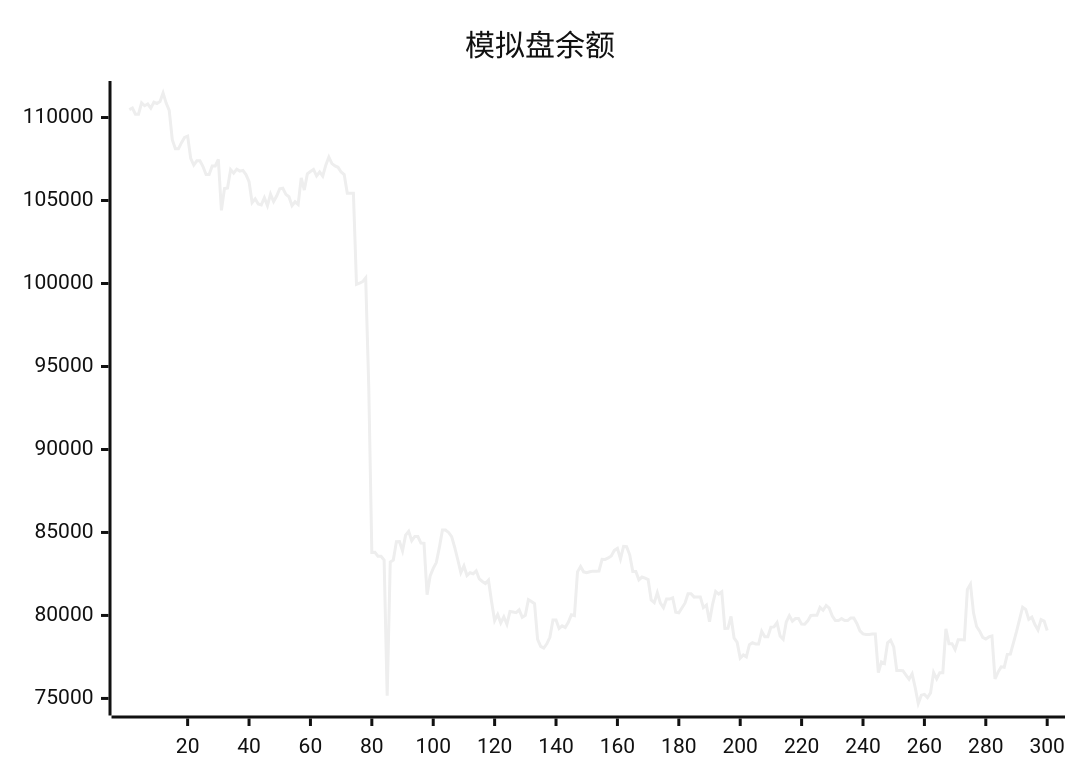
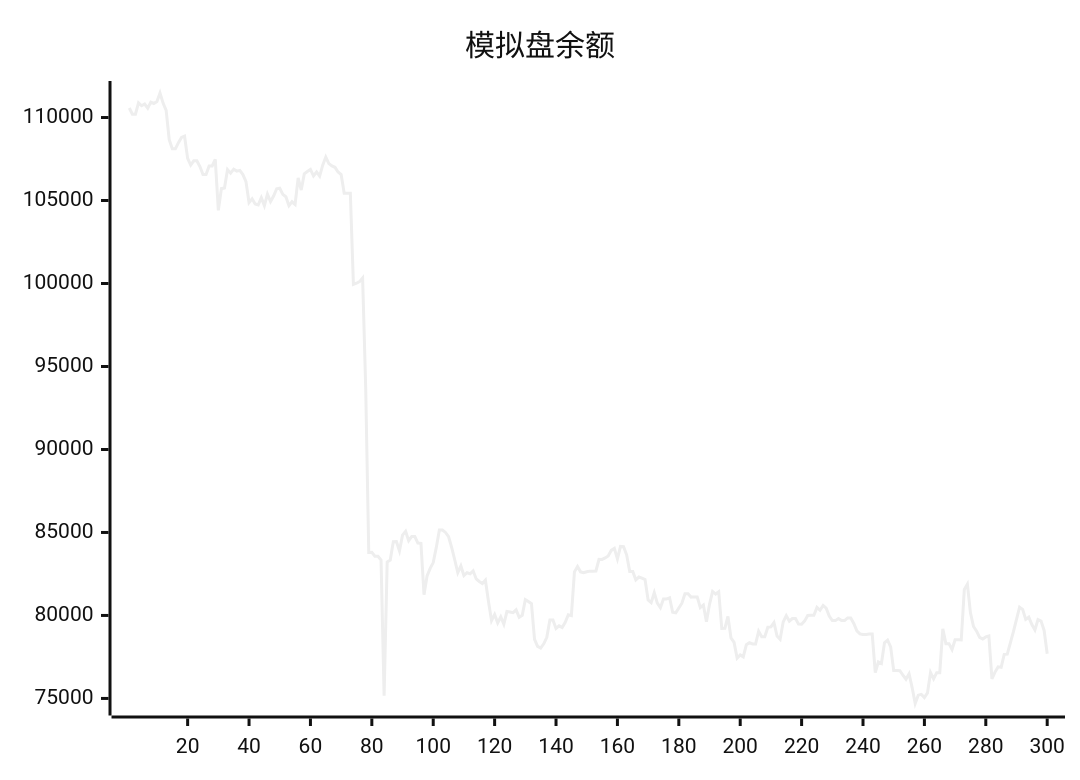
One commit to aahl/ai-trading changed the diagram in README.md. Above: the diagram before and after it, drawn with Mermaid (neutral theme). The commit also changed other lines of this file and 1 other file, not shown here.

````diff
--- a/README.md
+++ b/README.md
@@ -5,5 +5,5 @@
 ```mermaid
 xychart
     title "模拟盘余额"
-    line [110477,110576,110198,110198,110890,110712,110812,110569,110929,110847,110968,111478,110870,110433,108661,108116,108115,108485,108797,108877,107536,107134,107393,107393,107046,106565,106565,107081,107081,107478,104404,105715,105749,106866,106651,106889,106771,106816,106565,106141,104876,105103,104796,104734,105169,104690,105380,104941,105272,105709,105739,105374,105227,104691,104924,104762,106364,105628,106608,106748,106872,106485,106721,106468,107132,107620,107224,107080,107001,106717,106567,105431,105431,105440,99950,100017,100113,100337,93749,83795,83807,83567,83567,83342,75168,83222,83336,84448,84449,83896,84839,85065,84499,84757,84757,84364,84347,81254,82385,82835,83184,84099,85150,85150,85002,84751,84096,83356,82582,82983,82404,82572,82512,82688,82200,82047,81920,82125,80840,79688,80060,79552,79920,79470,80236,80208,80170,80336,79894,80006,80954,80837,80712,78561,78139,78037,78293,78682,79720,79720,79214,79372,79279,79591,80046,79993,82625,82950,82626,82571,82633,82670,82670,82681,83386,83378,83464,83579,83920,84037,83402,84160,84142,83652,82655,82655,82145,82315,82243,82163,80934,80770,81371,80742,80468,80989,80989,81067,80191,80155,80450,80737,81309,81309,81106,81119,81119,80471,80631,79624,80670,81448,81290,81429,79212,79222,79940,78643,78380,77432,77623,77504,78235,78358,78284,78277,79048,78714,78714,79290,79308,79567,78763,78563,79603,79988,79652,79813,79813,79476,79469,79673,79995,80015,80015,80486,80314,80600,80436,79966,79689,79689,79819,79692,79692,79850,79850,79518,79071,78889,78850,78850,78878,78878,76554,77202,77103,78357,78510,78106,76678,76677,76672,76411,76159,76485,75656,74695,75197,75246,75052,75334,76564,76179,76553,76551,79196,78300,78300,77944,78531,78531,78521,81564,81884,80160,79335,79055,78675,78580,78708,78764,76179,76586,76902,76876,77658,77669,78346,79023,79769,80497,80366,79761,79896,79448,79126,79749,79658,79097]
+    line [110576,110198,110198,110890,110712,110812,110569,110929,110847,110968,111478,110870,110433,108661,108116,108115,108485,108797,108877,107536,107134,107393,107393,107046,106565,106565,107081,107081,107478,104404,105715,105749,106866,106651,106889,106771,106816,106565,106141,104876,105103,104796,104734,105169,104690,105380,104941,105272,105709,105739,105374,105227,104691,104924,104762,106364,105628,106608,106748,106872,106485,106721,106468,107132,107620,107224,107080,107001,106717,106567,105431,105431,105440,99950,100017,100113,100337,93749,83795,83807,83567,83567,83342,75168,83222,83336,84448,84449,83896,84839,85065,84499,84757,84757,84364,84347,81254,82385,82835,83184,84099,85150,85150,85002,84751,84096,83356,82582,82983,82404,82572,82512,82688,82200,82047,81920,82125,80840,79688,80060,79552,79920,79470,80236,80208,80170,80336,79894,80006,80954,80837,80712,78561,78139,78037,78293,78682,79720,79720,79214,79372,79279,79591,80046,79993,82625,82950,82626,82571,82633,82670,82670,82681,83386,83378,83464,83579,83920,84037,83402,84160,84142,83652,82655,82655,82145,82315,82243,82163,80934,80770,81371,80742,80468,80989,80989,81067,80191,80155,80450,80737,81309,81309,81106,81119,81119,80471,80631,79624,80670,81448,81290,81429,79212,79222,79940,78643,78380,77432,77623,77504,78235,78358,78284,78277,79048,78714,78714,79290,79308,79567,78763,78563,79603,79988,79652,79813,79813,79476,79469,79673,79995,80015,80015,80486,80314,80600,80436,79966,79689,79689,79819,79692,79692,79850,79850,79518,79071,78889,78850,78850,78878,78878,76554,77202,77103,78357,78510,78106,76678,76677,76672,76411,76159,76485,75656,74695,75197,75246,75052,75334,76564,76179,76553,76551,79196,78300,78300,77944,78531,78531,78521,81564,81884,80160,79335,79055,78675,78580,78708,78764,76179,76586,76902,76876,77658,77669,78346,79023,79769,80497,80366,79761,79896,79448,79126,79749,79658,79097,77695]
 ```
````
